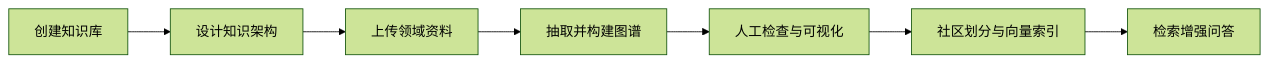
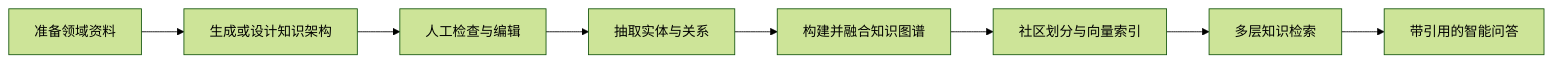
The first of 2 diagrams in README.md (CodingFeng101/UniGraph), drawn with Mermaid (forest theme) before and after one commit. The commit also changed other lines of this file and 2 other files, not shown here.

````diff
--- a/README.md
+++ b/README.md
@@ -35,9 +34,10 @@
 ```mermaid
 flowchart LR
-    A["创建知识库"] --> B["设计知识架构"]
-    B --> C["上传领域资料"]
-    C --> D["抽取并构建图谱"]
-    D --> E["人工检查与可视化"]
+    A["准备领域资料"] --> B["生成或设计知识架构"]
+    B --> C["人工检查与编辑"]
+    C --> D["抽取实体与关系"]
+    D --> E["构建并融合知识图谱"]
     E --> F["社区划分与向量索引"]
-    F --> G["检索增强问答"]
+    F --> G["多层知识检索"]
+    G --> H["带引用的智能问答"]
 ```
````
